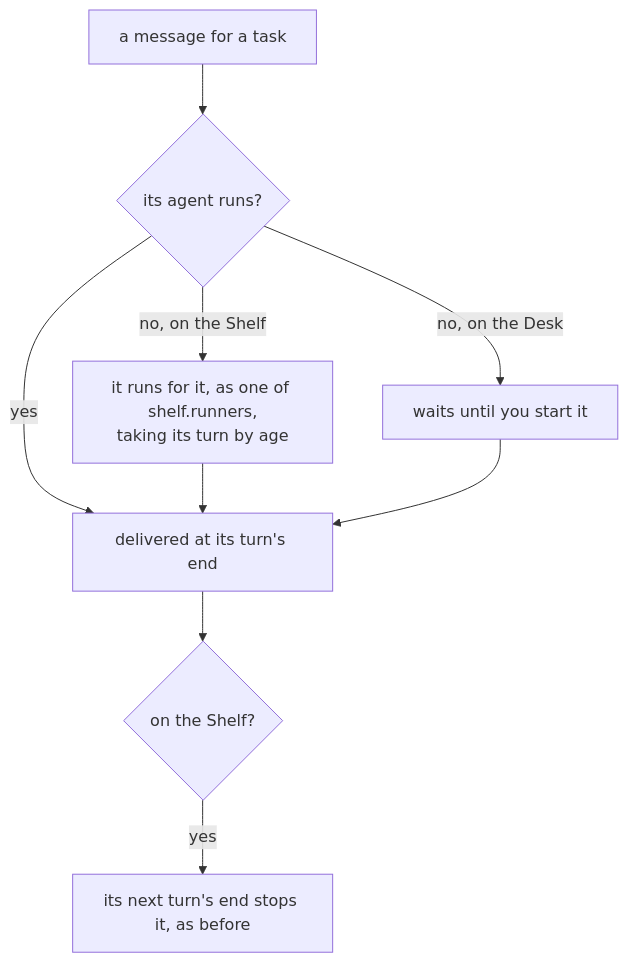
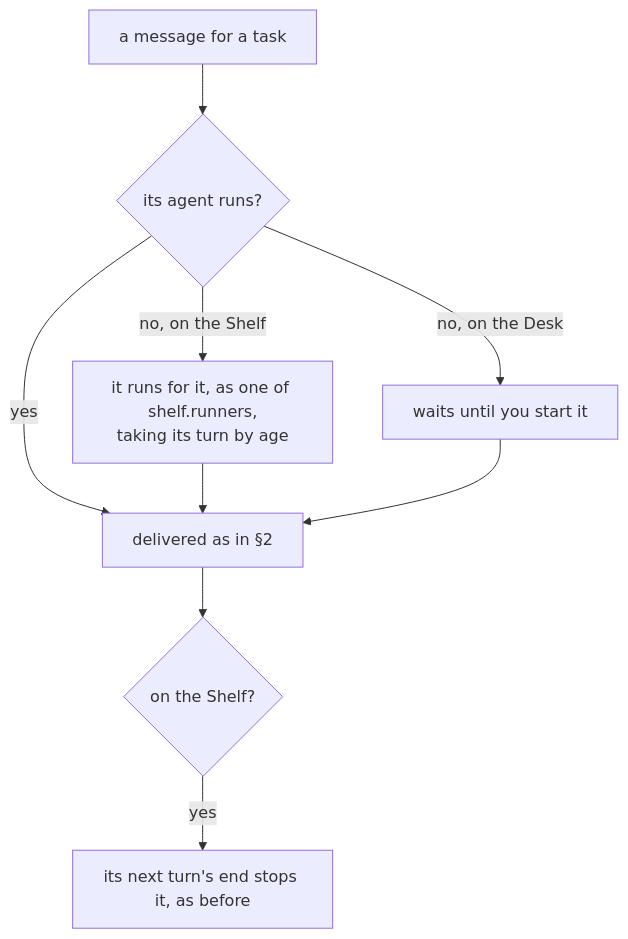
The third of 3 diagrams in docs/specs/agent-messaging.md (tampopogk/kanna), drawn with Mermaid before and after one commit. The commit also changed other lines of this file and 17 other files, not shown here.

````diff
--- a/docs/specs/agent-messaging.md
+++ b/docs/specs/agent-messaging.md
@@ -79,11 +94,11 @@
 ```mermaid
 flowchart TD
     M["a message for a task"] --> R{"its agent runs?"}
-    R -->|yes| W["delivered at its turn's end"]
+    R -->|yes| W["delivered as in §2"]
     R -->|"no, on the Shelf"| B["it runs for it, as one of shelf.runners,<br/>taking its turn by age"]
     B --> W
     R -->|"no, on the Desk"| S["waits until you start it"]
     S --> W
     W --> E{"on the Shelf?"}
     E -->|yes| X["its next turn's end stops it, as before"]
 ```
````
